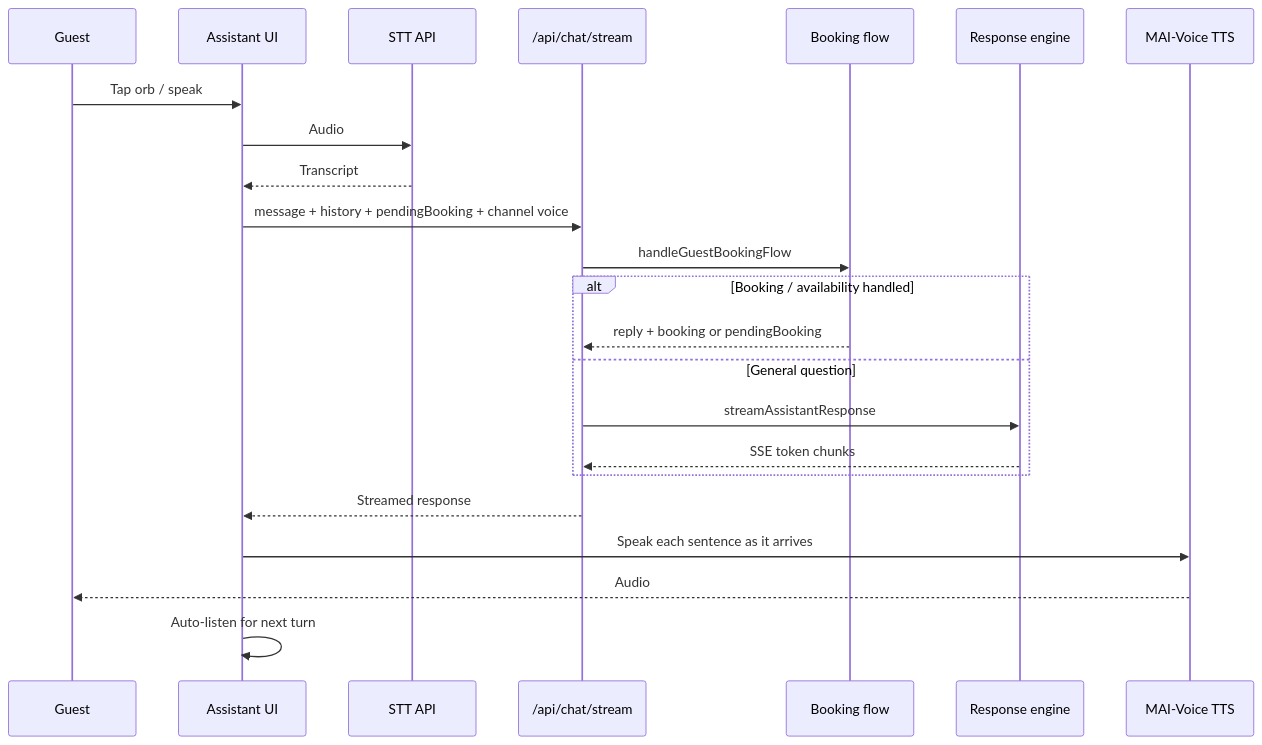
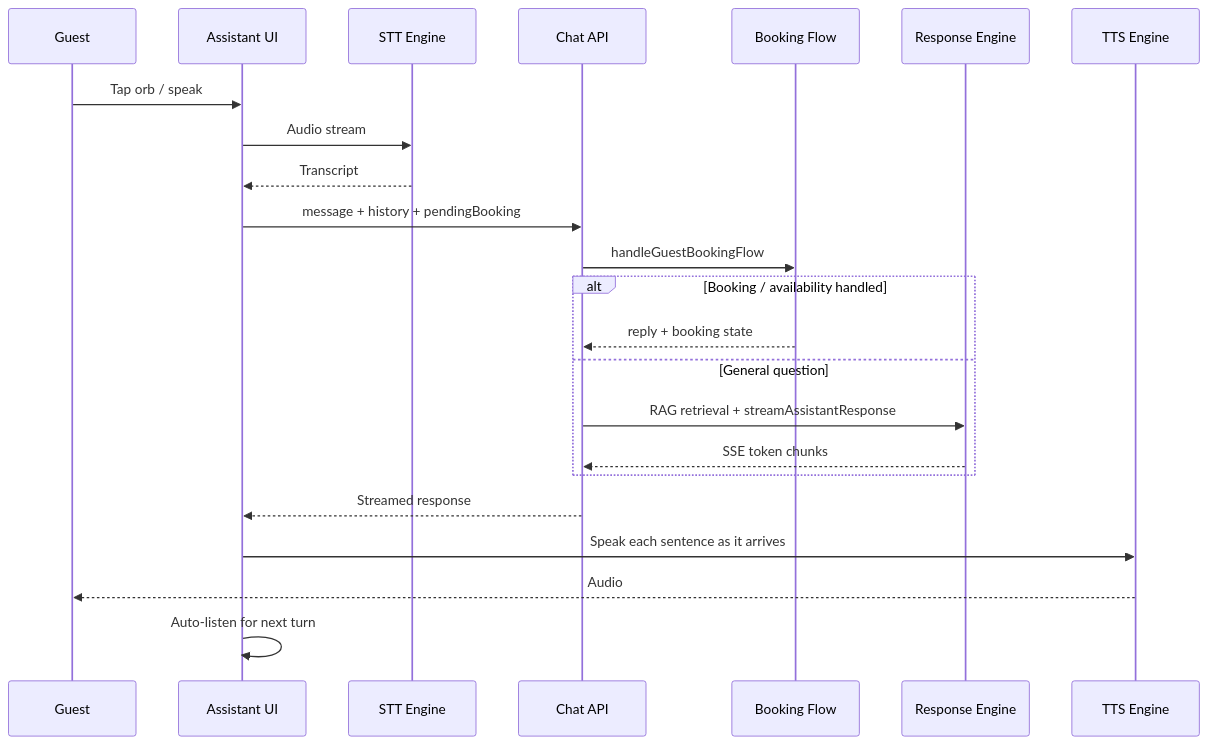
One commit to prabin923/Voice-assistant changed the third of 4 diagrams in README.md. Above: the diagram before and after it, drawn with Mermaid. The commit also changed other lines of this file, not shown here.

First line of the commit message:
docs: comprehensive README rewrite — reflect full multi-tenant SaaS architecture

````diff
--- a/README.md
+++ b/README.md
@@ -249,26 +198,26 @@
 ```mermaid
 sequenceDiagram
   participant G as Guest
   participant UI as Assistant UI
-  participant STT as STT API
-  participant Chat as /api/chat/stream
-  participant BF as Booking flow
-  participant AI as Response engine
-  participant TTS as MAI-Voice TTS
+  participant STT as STT Engine
+  participant Chat as Chat API
+  participant BF as Booking Flow
+  participant AI as Response Engine
+  participant TTS as TTS Engine
 
   G->>UI: Tap orb / speak
-  UI->>STT: Audio
+  UI->>STT: Audio stream
   STT-->>UI: Transcript
-  UI->>Chat: message + history + pendingBooking + channel voice
+  UI->>Chat: message + history + pendingBooking
   Chat->>BF: handleGuestBookingFlow
   alt Booking / availability handled
-    BF-->>Chat: reply + booking or pendingBooking
+    BF-->>Chat: reply + booking state
   else General question
-    Chat->>AI: streamAssistantResponse
+    Chat->>AI: RAG retrieval + streamAssistantResponse
     AI-->>Chat: SSE token chunks
   end
   Chat-->>UI: Streamed response
   UI->>TTS: Speak each sentence as it arrives
   TTS-->>G: Audio
   UI->>UI: Auto-listen for next turn
 ```
````
